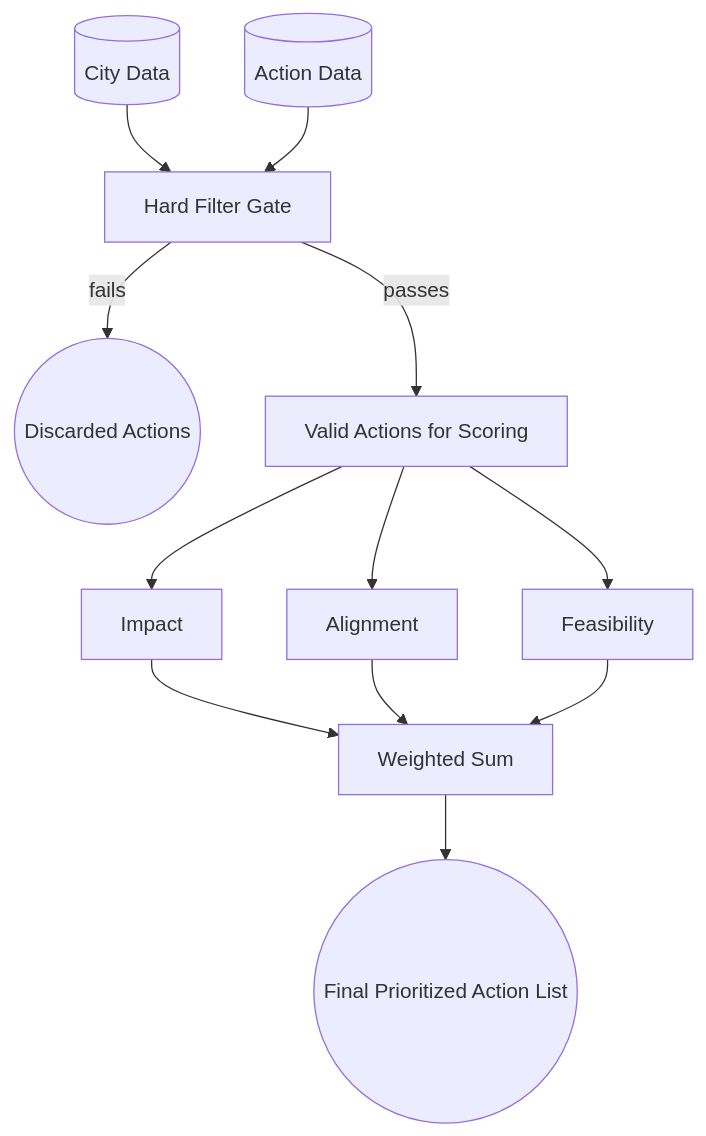
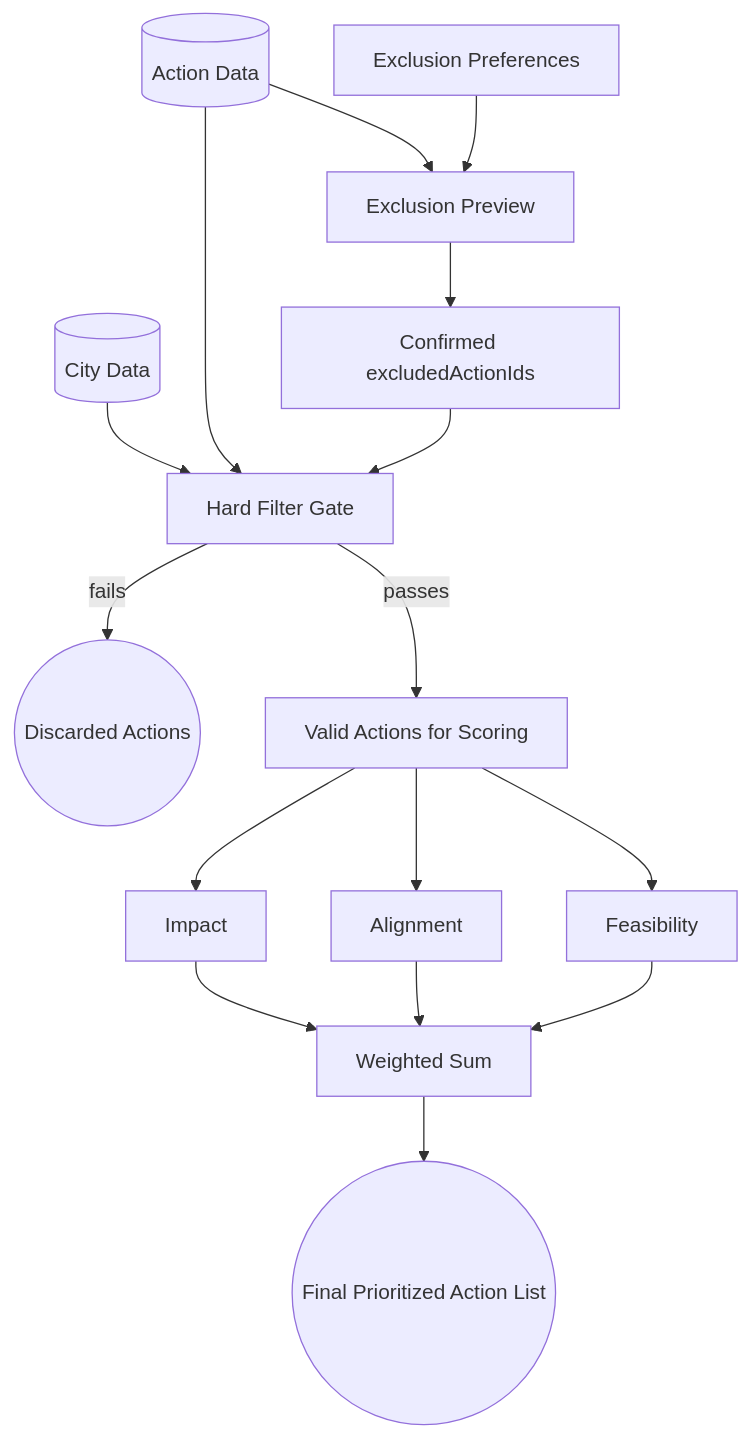
The diagram in hiap-meed/docs/highlevel-architecture.md (Open-Earth-Foundation/CityCatalyst), drawn with Mermaid before and after one commit. The commit also changed other lines of this file and 25 other files, not shown here.

````diff
--- a/hiap-meed/docs/highlevel-architecture.md
+++ b/hiap-meed/docs/highlevel-architecture.md
@@ -7,32 +7,39 @@
 ```mermaid
 graph TD
   CityData[(City Data)]
   ActionData[(Action Data)]
 
+  ExclusionPrefs[Exclusion Preferences]
+  Preview[Exclusion Preview]
+  Confirmed[Confirmed excludedActionIds]
   HardFilter[Hard Filter Gate]
   Discard((Discarded Actions))
   Valid[Valid Actions for Scoring]
 
   Impact[Impact]
   Alignment[Alignment]
   Feasibility[Feasibility]
 
   WeightedSum[Weighted Sum]
   FinalList((Final Prioritized Action List))
 
+  ActionData --> Preview
+  ExclusionPrefs --> Preview
+  Preview --> Confirmed
   CityData --> HardFilter
   ActionData --> HardFilter
+  Confirmed --> HardFilter
 
   HardFilter -- fails --> Discard
   HardFilter -- passes --> Valid
 
   Valid --> Impact
   Valid --> Alignment
   Valid --> Feasibility
 
   Impact --> WeightedSum
   Alignment --> WeightedSum
   Feasibility --> WeightedSum
 
   WeightedSum --> FinalList
 ```
````
